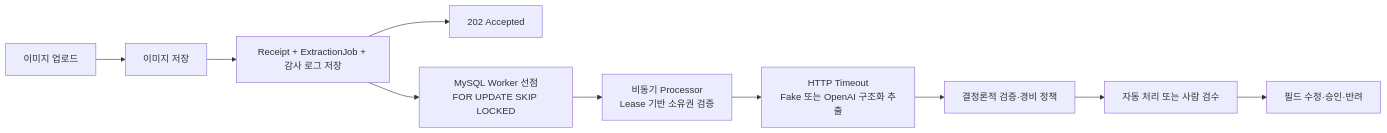
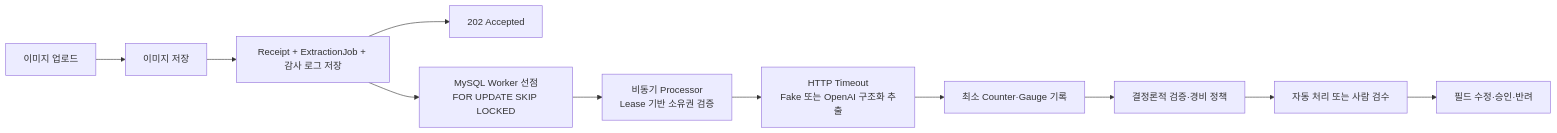
One commit to firsttimeman/receipt-expense-review changed the diagram in README.md. Above: the diagram before and after it, drawn with Mermaid. The commit also changed other lines of this file and 35 other files, not shown here.

````diff
--- a/README.md
+++ b/README.md
@@ -49,12 +50,13 @@
 ```mermaid
 flowchart LR
     A["이미지 업로드"] --> B["이미지 저장"]
     B --> C["Receipt + ExtractionJob + 감사 로그 저장"]
     C --> D["202 Accepted"]
     C --> E["MySQL Worker 선점<br/>FOR UPDATE SKIP LOCKED"]
     E --> F["비동기 Processor<br/>Lease 기반 소유권 검증"]
-    F --> G["HTTP Timeout<br/>Fake 또는 OpenAI 구조화 추출"]
-    G --> H["결정론적 검증·경비 정책"]
-    H --> I["자동 처리 또는 사람 검수"]
+    F --> H["HTTP Timeout<br/>Fake 또는 OpenAI 구조화 추출"]
+    H --> K["최소 Counter·Gauge 기록"]
+    K --> L["결정론적 검증·경비 정책"]
+    L --> I["자동 처리 또는 사람 검수"]
     I --> J["필드 수정·승인·반려"]
 ```
````
